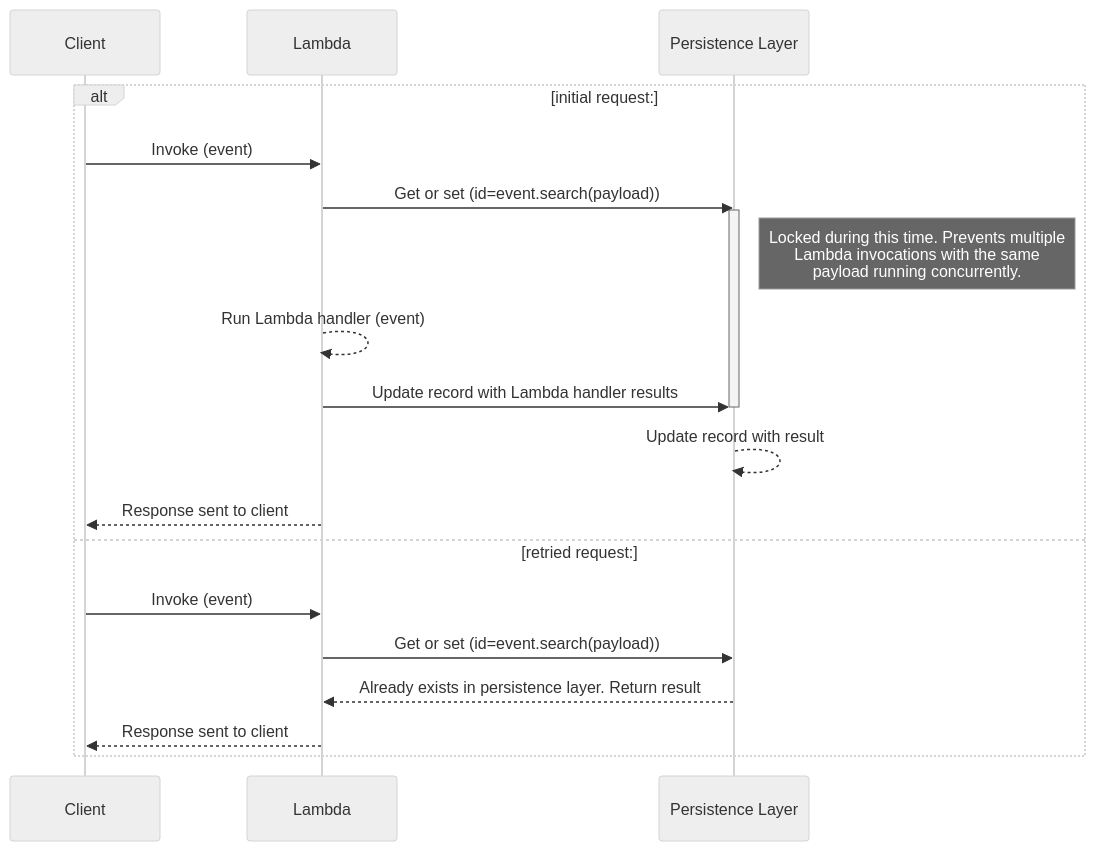
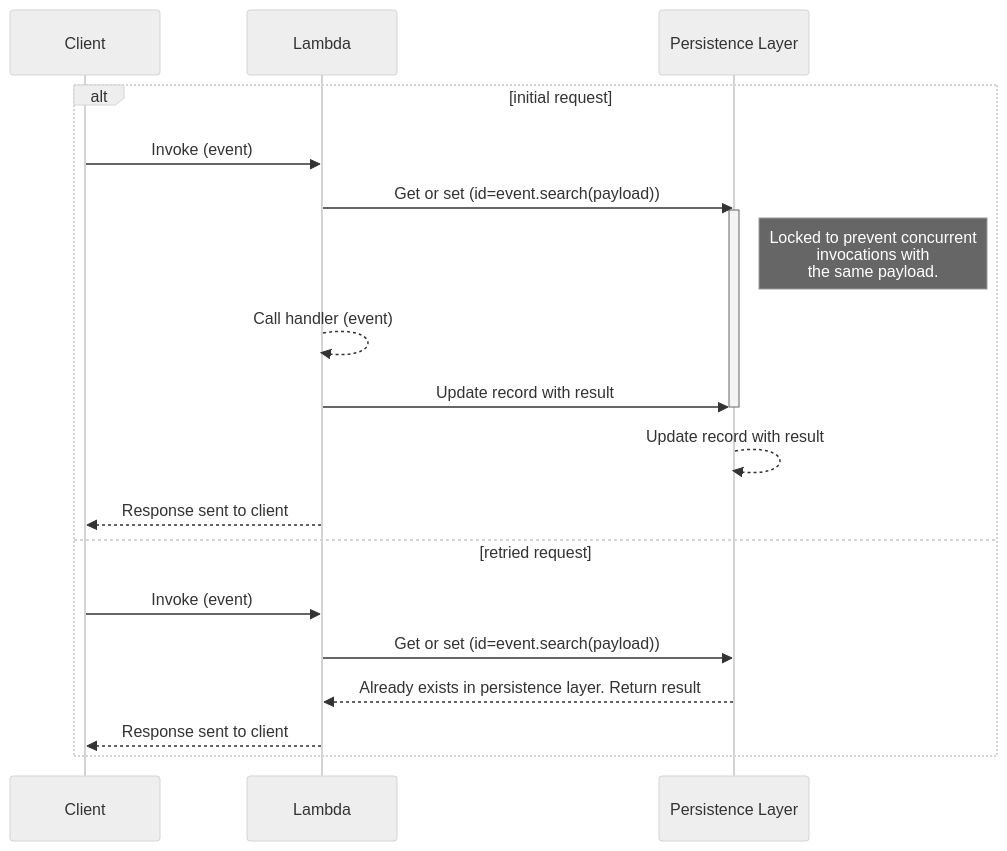
Before and after one commit to aws-powertools/powertools-lambda-python: the first of 3 diagrams in docs/utilities/idempotency.md, drawn with Mermaid (neutral theme). The commit also changed other lines of this file, not shown here.

Commit message:
docs(idempotency): shorten wording to fit new mermaid SVG

````diff
--- a/docs/utilities/idempotency.md
+++ b/docs/utilities/idempotency.md
@@ -362,22 +362,22 @@
 ```mermaid
 sequenceDiagram
     participant Client
     participant Lambda
     participant Persistence Layer
-    alt initial request:
+    alt initial request
         Client->>Lambda: Invoke (event)
         Lambda->>Persistence Layer: Get or set (id=event.search(payload))
         activate Persistence Layer
-        Note right of Persistence Layer: Locked during this time. Prevents multiple<br/>Lambda invocations with the same<br/>payload running concurrently.
-        Lambda-->>Lambda: Run Lambda handler (event)
-        Lambda->>Persistence Layer: Update record with Lambda handler results
+        Note right of Persistence Layer: Locked to prevent concurrent<br/>invocations with <br/> the same payload.
+        Lambda-->>Lambda: Call handler (event)
+        Lambda->>Persistence Layer: Update record with result
         deactivate Persistence Layer
         Persistence Layer-->>Persistence Layer: Update record with result
         Lambda-->>Client: Response sent to client
-    else retried request:
+    else retried request
         Client->>Lambda: Invoke (event)
         Lambda->>Persistence Layer: Get or set (id=event.search(payload))
         Persistence Layer-->>Lambda: Already exists in persistence layer. Return result
         Lambda-->>Client: Response sent to client
     end
 ```
````
